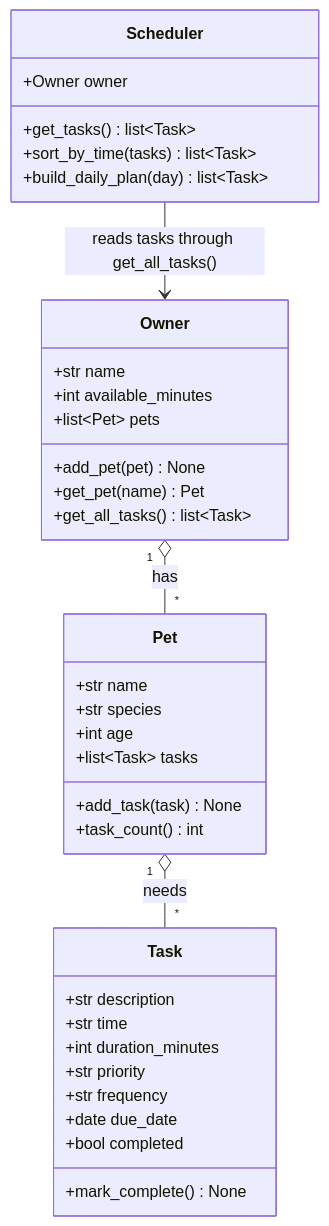
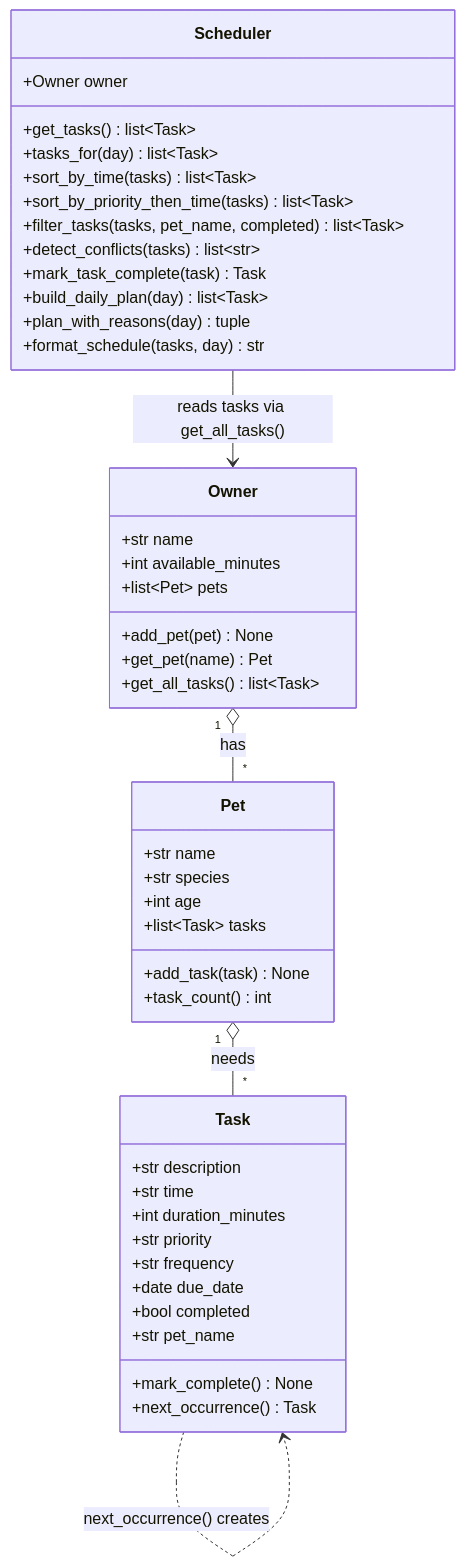
One commit to samhabesha/ai110-module2show-pawpal-starter changed the diagram in diagrams/uml.mmd. Above: the diagram before and after it, drawn with Mermaid. The commit also changed 3 other files, not shown here.

Commit message:
feat: polish Streamlit UI with plan reasons, conflict warnings, filters; finalize UML and README

```diff
--- a/diagrams/uml.mmd
+++ b/diagrams/uml.mmd
@@ -1,42 +1,52 @@
 classDiagram
-    %% PawPal+ initial design (Phase 1 draft)
+    %% PawPal+ final design (matches pawpal_system.py)
 
     class Owner {
         +str name
         +int available_minutes
         +list~Pet~ pets
         +add_pet(pet) None
         +get_pet(name) Pet
         +get_all_tasks() list~Task~
     }
 
     class Pet {
         +str name
         +str species
         +int age
         +list~Task~ tasks
         +add_task(task) None
         +task_count() int
     }
 
     class Task {
         +str description
         +str time
         +int duration_minutes
         +str priority
         +str frequency
         +date due_date
         +bool completed
+        +str pet_name
         +mark_complete() None
+        +next_occurrence() Task
     }
 
     class Scheduler {
         +Owner owner
         +get_tasks() list~Task~
+        +tasks_for(day) list~Task~
         +sort_by_time(tasks) list~Task~
+        +sort_by_priority_then_time(tasks) list~Task~
+        +filter_tasks(tasks, pet_name, completed) list~Task~
+        +detect_conflicts(tasks) list~str~
+        +mark_task_complete(task) Task
         +build_daily_plan(day) list~Task~
+        +plan_with_reasons(day) tuple
+        +format_schedule(tasks, day) str
     }
 
     Owner "1" o-- "*" Pet : has
     Pet "1" o-- "*" Task : needs
-    Scheduler --> Owner : reads tasks through get_all_tasks()
+    Scheduler --> Owner : reads tasks via get_all_tasks()
+    Task ..> Task : next_occurrence() creates
```
